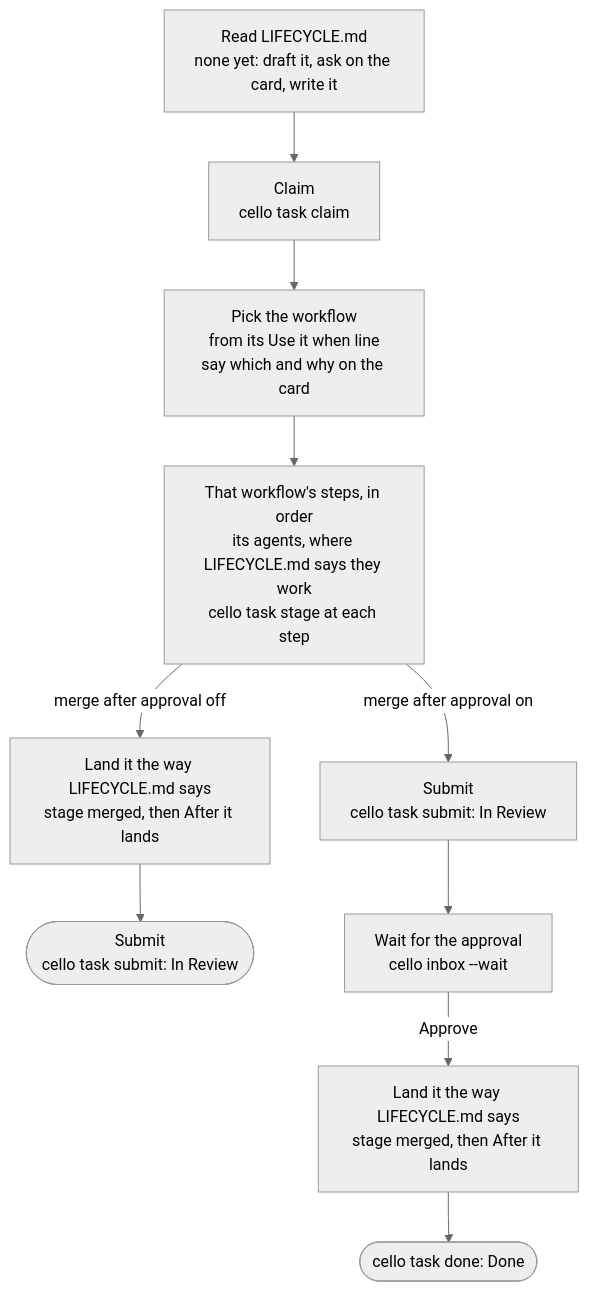
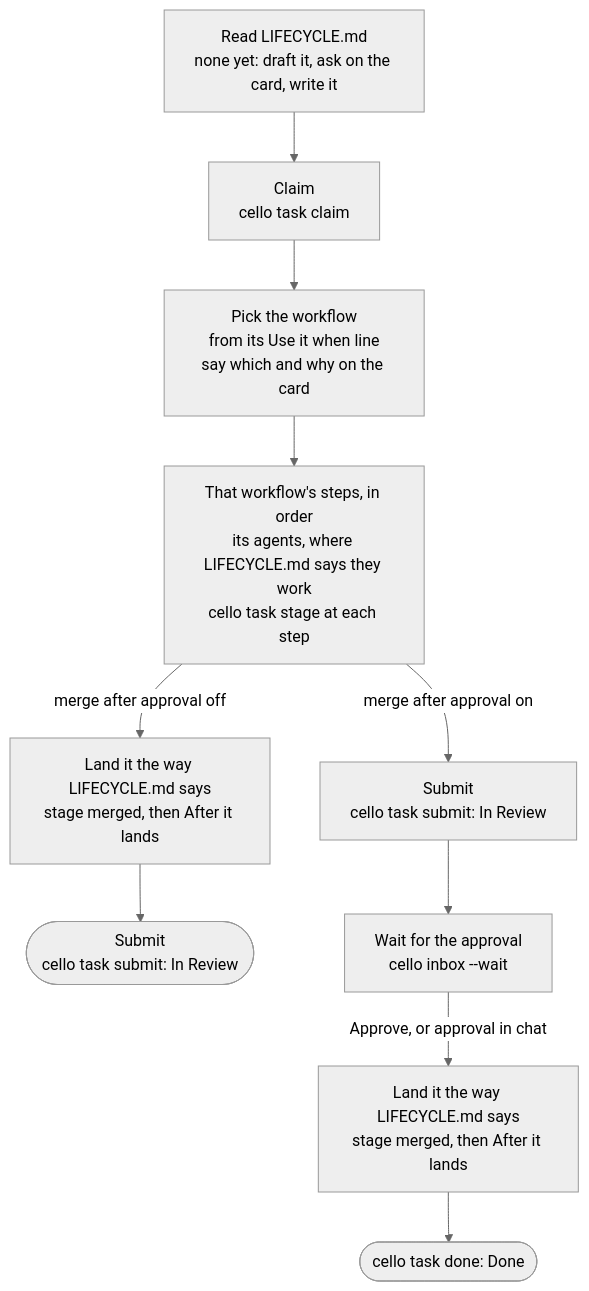
The diagram in apps/cli/claude-plugin/cello/commands/orchestrate.md (lnmunhoz/cello), drawn with Mermaid (neutral theme) before and after one commit. The commit also changed other lines of this file and 11 other files, not shown here.

Commit message:
feat(cli): cello task approve --quote relays the human's approval from chat; docs, AGENTS.md snippet and plugin say how (CEL-169)

````diff
--- a/apps/cli/claude-plugin/cello/commands/orchestrate.md
+++ b/apps/cli/claude-plugin/cello/commands/orchestrate.md
@@ -30,12 +30,12 @@
 ```mermaid
 flowchart TD
     A["Read LIFECYCLE.md<br/>none yet: draft it, ask on the card, write it"] --> B["Claim<br/>cello task claim"]
     B --> W["Pick the workflow<br/>from its Use it when line<br/>say which and why on the card"]
     W --> C["That workflow's steps, in order<br/>its agents, where LIFECYCLE.md says they work<br/>cello task stage at each step"]
     C -->|"merge after approval off"| D["Land it the way LIFECYCLE.md says<br/>stage merged, then After it lands"]
     D --> E(["Submit<br/>cello task submit: In Review"])
     C -->|"merge after approval on"| F["Submit<br/>cello task submit: In Review"]
     F --> G["Wait for the approval<br/>cello inbox --wait"]
-    G -->|Approve| H["Land it the way LIFECYCLE.md says<br/>stage merged, then After it lands"]
+    G -->|"Approve, or approval in chat"| H["Land it the way LIFECYCLE.md says<br/>stage merged, then After it lands"]
     H --> I(["cello task done: Done"])
 ```
````
